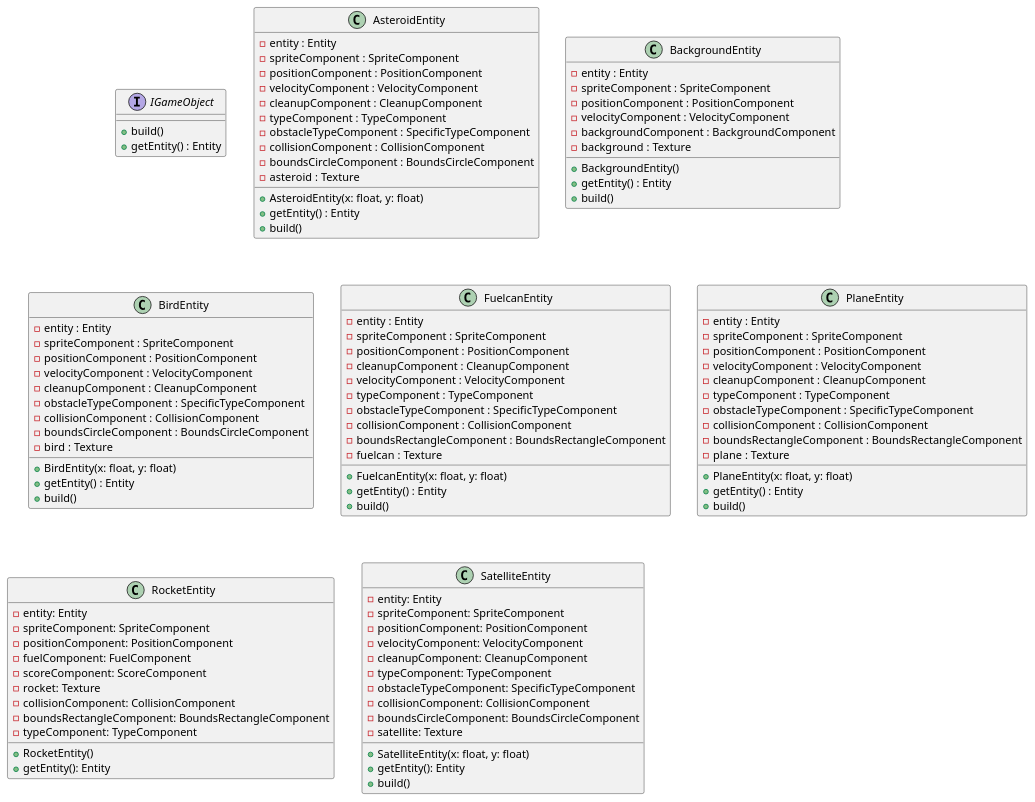
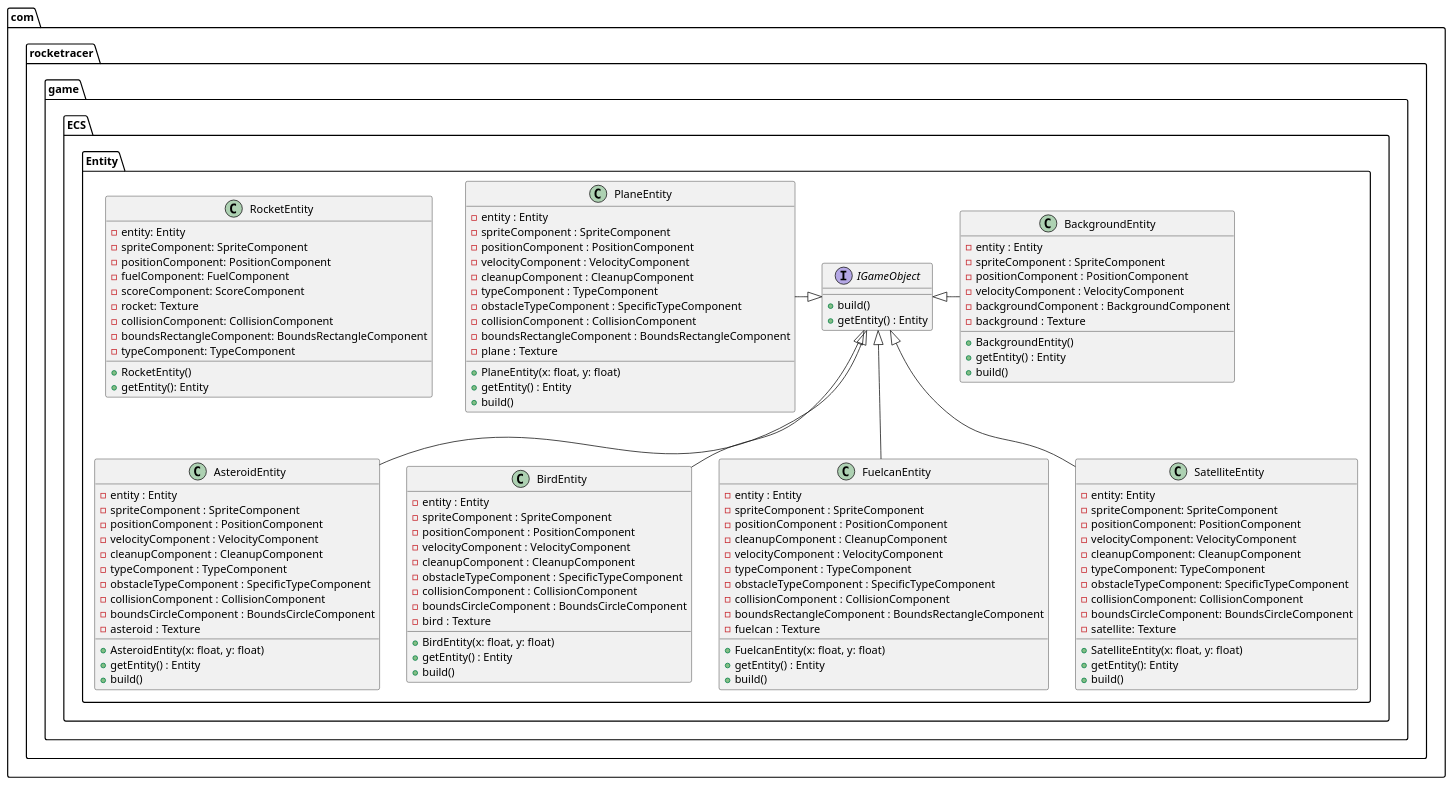
Before and after one commit to erik-tt/Rocket-Racer: the diagram in documentation/com/rocketracer/game/ECS/Entity/Entity.plantuml, drawn with PlantUML.

Commit message:
#29 chore: update Entity plantuml design

```diff
--- a/documentation/com/rocketracer/game/ECS/Entity/Entity.plantuml
+++ b/documentation/com/rocketracer/game/ECS/Entity/Entity.plantuml
@@ -1,110 +1,123 @@
+@startuml
 
-interface IGameObject {
-    + build()
-    + getEntity() : Entity
-}
+package com.rocketracer.game.ECS.Entity {
+    interface IGameObject {
+        + build()
+        + getEntity() : Entity
+    }
 
-class AsteroidEntity {
+    class AsteroidEntity {
     - entity : Entity
     - spriteComponent : SpriteComponent
     - positionComponent : PositionComponent
     - velocityComponent : VelocityComponent
     - cleanupComponent : CleanupComponent
     - typeComponent : TypeComponent
     - obstacleTypeComponent : SpecificTypeComponent
     - collisionComponent : CollisionComponent
     - boundsCircleComponent : BoundsCircleComponent
     - asteroid : Texture
     + AsteroidEntity(x: float, y: float)
     + getEntity() : Entity
     + build()
 }
 
 class BackgroundEntity {
     - entity : Entity
     - spriteComponent : SpriteComponent
     - positionComponent : PositionComponent
     - velocityComponent : VelocityComponent
     - backgroundComponent : BackgroundComponent
     - background : Texture
     + BackgroundEntity()
     + getEntity() : Entity
     + build()
 }
 
 class BirdEntity {
     - entity : Entity
     - spriteComponent : SpriteComponent
     - positionComponent : PositionComponent
     - velocityComponent : VelocityComponent
     - cleanupComponent : CleanupComponent
     - obstacleTypeComponent : SpecificTypeComponent
     - collisionComponent : CollisionComponent
     - boundsCircleComponent : BoundsCircleComponent
     - bird : Texture
     + BirdEntity(x: float, y: float)
     + getEntity() : Entity
     + build()
 }
 
 class FuelcanEntity {
     - entity : Entity
     - spriteComponent : SpriteComponent
     - positionComponent : PositionComponent
     - cleanupComponent : CleanupComponent
     - velocityComponent : VelocityComponent
     - typeComponent : TypeComponent
     - obstacleTypeComponent : SpecificTypeComponent
     - collisionComponent : CollisionComponent
     - boundsRectangleComponent : BoundsRectangleComponent
     - fuelcan : Texture
     + FuelcanEntity(x: float, y: float)
     + getEntity() : Entity
     + build()
 }
 
 class PlaneEntity {
     - entity : Entity
     - spriteComponent : SpriteComponent
     - positionComponent : PositionComponent
     - velocityComponent : VelocityComponent
     - cleanupComponent : CleanupComponent
     - typeComponent : TypeComponent
     - obstacleTypeComponent : SpecificTypeComponent
     - collisionComponent : CollisionComponent
     - boundsRectangleComponent : BoundsRectangleComponent
     - plane : Texture
     + PlaneEntity(x: float, y: float)
     + getEntity() : Entity
     + build()
 }
 
 class RocketEntity {
   - entity: Entity
   - spriteComponent: SpriteComponent
   - positionComponent: PositionComponent
   - fuelComponent: FuelComponent
   - scoreComponent: ScoreComponent
   - rocket: Texture
   - collisionComponent: CollisionComponent
   - boundsRectangleComponent: BoundsRectangleComponent
   - typeComponent: TypeComponent
   + RocketEntity()
   + getEntity(): Entity
 }
 
 class SatelliteEntity {
   - entity: Entity
   - spriteComponent: SpriteComponent
   - positionComponent: PositionComponent
   - velocityComponent: VelocityComponent
   - cleanupComponent: CleanupComponent
   - typeComponent: TypeComponent
   - obstacleTypeComponent: SpecificTypeComponent
   - collisionComponent: CollisionComponent
   - boundsCircleComponent: BoundsCircleComponent
   - satellite: Texture
   + SatelliteEntity(x: float, y: float)
   + getEntity(): Entity
   + build()
 }
+}
+
+
+AsteroidEntity -up-|> IGameObject
+BackgroundEntity -left-|> IGameObject
+BirdEntity -up-|> IGameObject
+FuelcanEntity -up-|> IGameObject
+PlaneEntity -right-|> IGameObject
+SatelliteEntity -up-|> IGameObject
+
+@enduml
```
